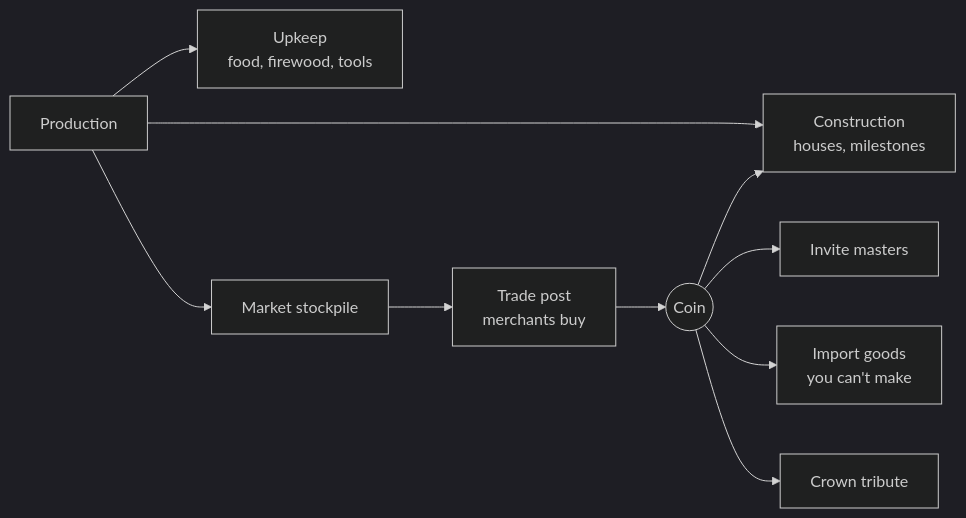
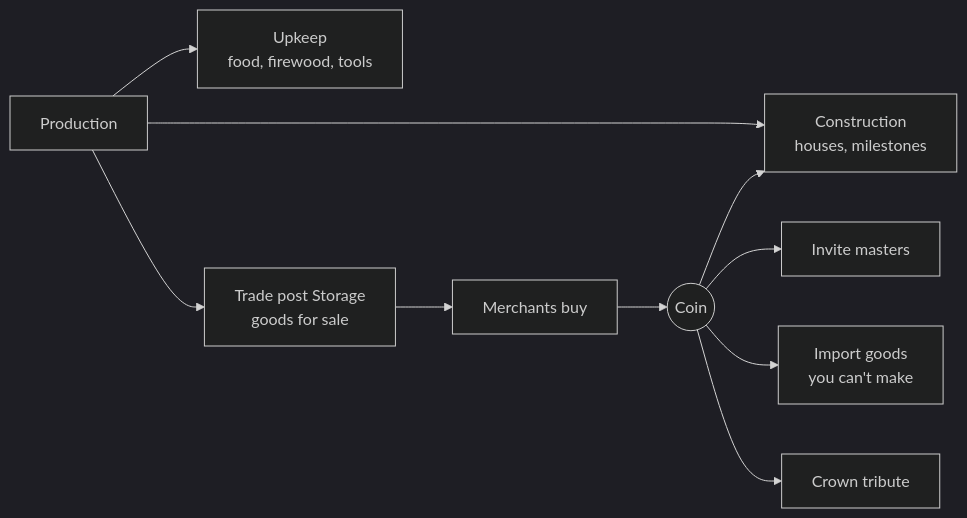
The second of 2 diagrams in docs/spec.md (kubakorecki/candlemarch), drawn with Mermaid (dark theme) before and after one commit. The commit also changed other lines of this file and 41 other files, not shown here.

````diff
--- a/docs/spec.md
+++ b/docs/spec.md
@@ -303,12 +376,12 @@
 ```mermaid
 flowchart LR
   P[Production] --> U[Upkeep<br/>food, firewood, tools]
   P --> B[Construction<br/>houses, milestones]
-  P --> S[Market stockpile]
-  S --> M[Trade post<br/>merchants buy]
+  P --> S[Trade post Storage<br/>goods for sale]
+  S --> M[Merchants buy]
   M --> C((Coin))
   C --> I[Invite masters]
   C --> B
   C --> X[Import goods<br/>you can't make]
   C --> T[Crown tribute]
 ```
````
